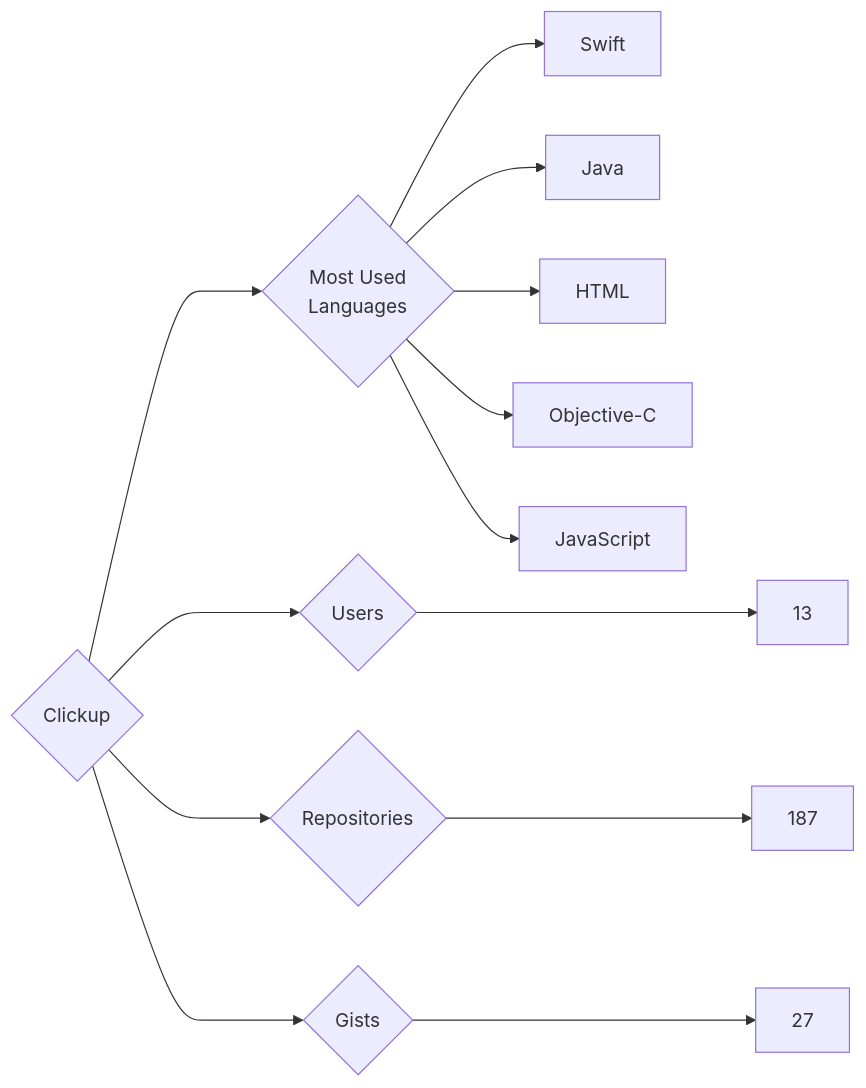
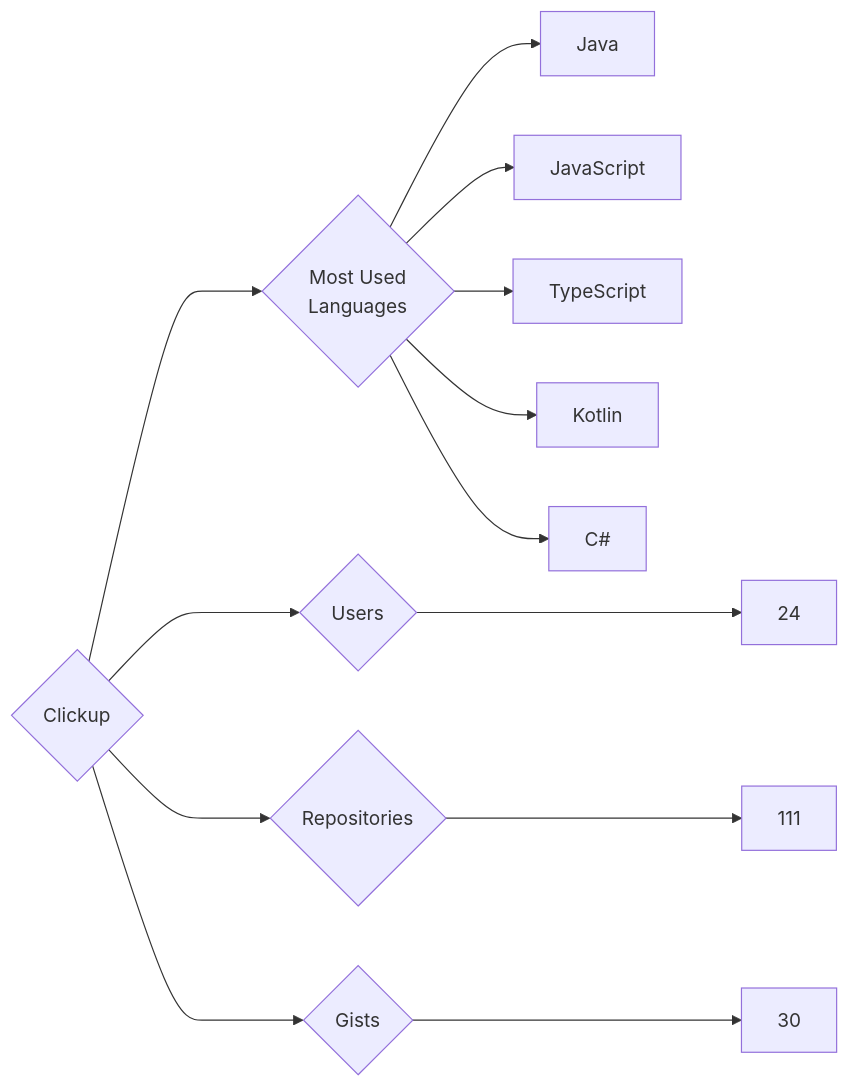
One commit to trickest/insiders changed the diagram in targets/Clickup/README.md. Above: the diagram before and after it, drawn with Mermaid. The commit also changed 847 other files, not shown here.

````diff
--- a/targets/Clickup/README.md
+++ b/targets/Clickup/README.md
@@ -3,13 +3,13 @@
 ```mermaid
 graph LR
 COMPANY_NAME{Clickup}
-COMPANY_NAME ---> U{Users} ---> UN[13]
-COMPANY_NAME ---> R{Repositories} ---> RN[187]
-COMPANY_NAME ---> G{Gists} ---> GN[27]
+COMPANY_NAME ---> U{Users} ---> UN[24]
+COMPANY_NAME ---> R{Repositories} ---> RN[111]
+COMPANY_NAME ---> G{Gists} ---> GN[30]
 COMPANY_NAME ---> ML{Most Used<br>Languages}
-ML --> Swift[Swift]
 ML --> Java[Java]
-ML --> HTML[HTML]
-ML --> Objective-C[Objective-C]
 ML --> JavaScript[JavaScript]
+ML --> TypeScript[TypeScript]
+ML --> Kotlin[Kotlin]
+ML --> C#[C#]
 ```
````
